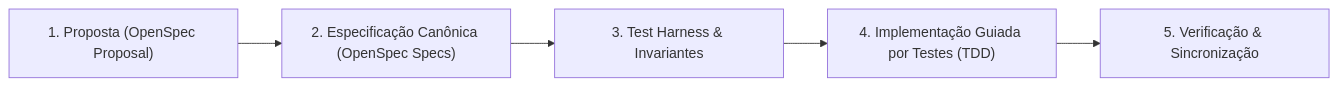
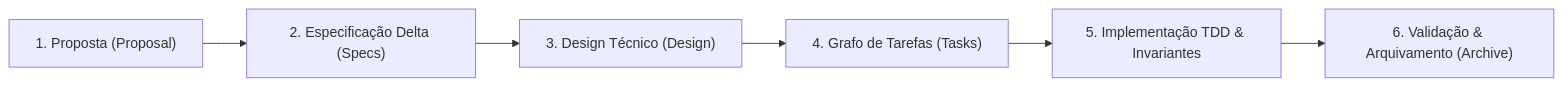
The diagram in docs/SPEC_DRIVEN_DEVELOPMENT.md (douglaspands/snake-royale-game), drawn with Mermaid before and after one commit. The commit also changed other lines of this file and 73 other files, not shown here.

First line of the commit message:
feat(openspec): integrate full OpenSpec ecosystem for AI tools, quality gates, token efficiency, and CI

````diff
--- a/docs/SPEC_DRIVEN_DEVELOPMENT.md
+++ b/docs/SPEC_DRIVEN_DEVELOPMENT.md
@@ -13,7 +13,8 @@
 ```mermaid
 graph LR
-    P["1. Proposta (OpenSpec Proposal)"] --> S["2. Especificação Canônica (OpenSpec Specs)"]
-    S --> H["3. Test Harness & Invariantes"]
-    H --> TDD["4. Implementação Guiada por Testes (TDD)"]
-    TDD --> V["5. Verificação & Sincronização"]
+    P["1. Proposta (Proposal)"] --> S["2. Especificação Delta (Specs)"]
+    S --> D["3. Design Técnico (Design)"]
+    D --> T["4. Grafo de Tarefas (Tasks)"]
+    T --> TDD["5. Implementação TDD & Invariantes"]
+    TDD --> V["6. Validação & Arquivamento (Archive)"]
 ```
````
